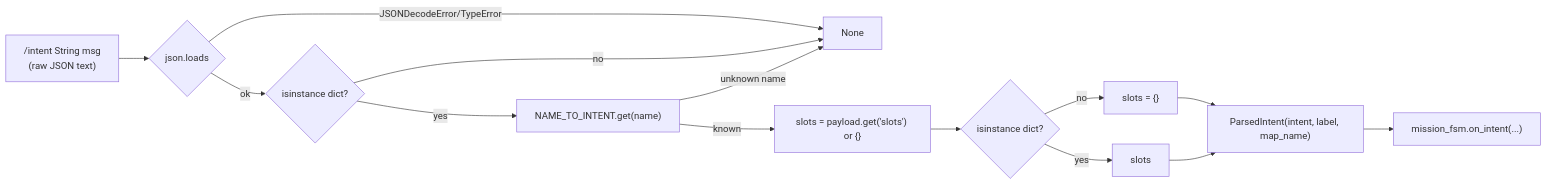
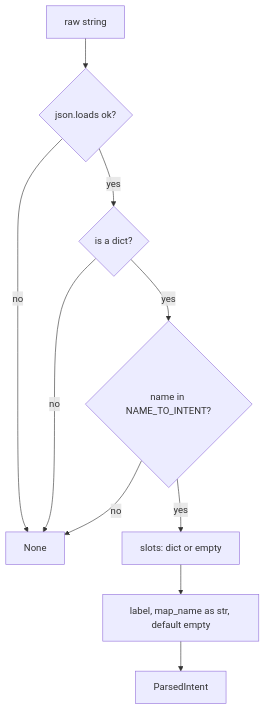
The diagram in process/01-literate/02-intent_parser.md (Boston-Robot-Hackers/dome_mission), drawn with Mermaid before and after one commit. The commit also changed other lines of this file and 6 other files, not shown here.

````diff
--- a/process/01-literate/02-intent_parser.md
+++ b/process/01-literate/02-intent_parser.md
@@ -172,16 +66,12 @@
 ```mermaid
-flowchart LR
-    A["/intent String msg\n(raw JSON text)"] --> B{json.loads}
-    B -- JSONDecodeError/TypeError --> N[None]
-    B -- ok --> C{isinstance dict?}
+flowchart TD
+    A[raw string] --> B{json.loads ok?}
+    B -- no --> N[None]
+    B -- yes --> C{is a dict?}
     C -- no --> N
-    C -- yes --> D["NAME_TO_INTENT.get(name)"]
-    D -- unknown name --> N
-    D -- known --> E["slots = payload.get('slots') or {}"]
-    E --> F{isinstance dict?}
-    F -- no --> G["slots = {}"]
-    F -- yes --> H[slots]
-    G --> I["ParsedIntent(intent, label, map_name)"]
-    H --> I
-    I --> J["mission_fsm.on_intent(...)"]
+    C -- yes --> D{name in NAME_TO_INTENT?}
+    D -- no --> N
+    D -- yes --> E[slots: dict or empty]
+    E --> F[label, map_name as str, default empty]
+    F --> P[ParsedIntent]
 ```
````
